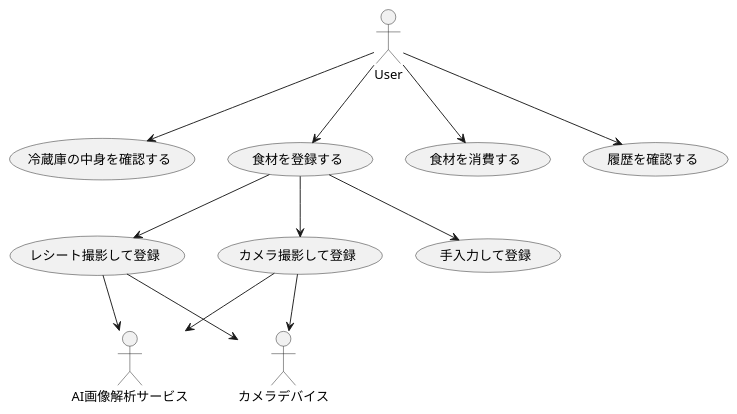
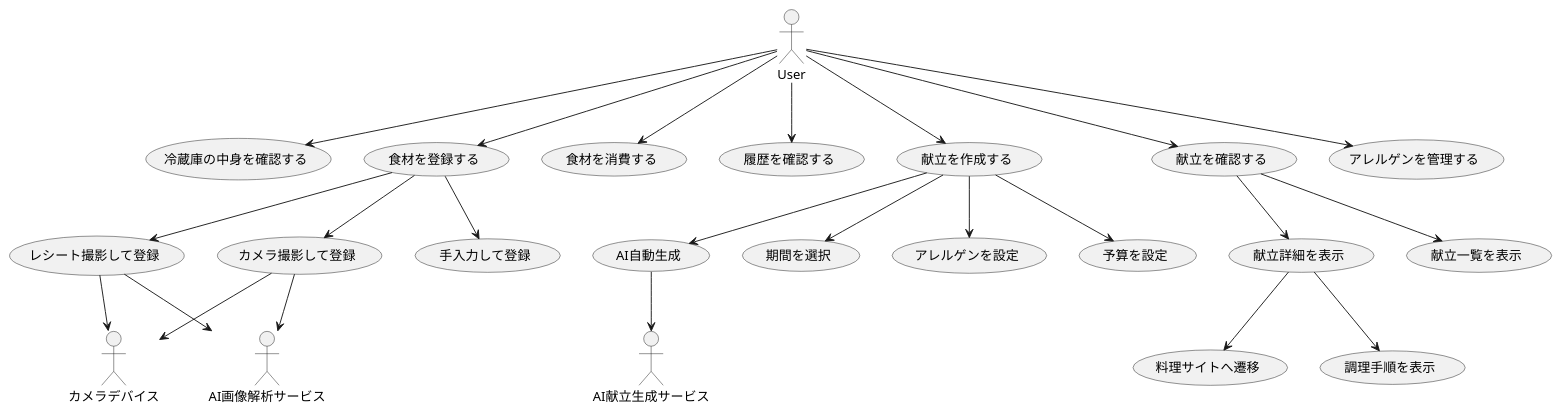
Before and after one commit to to-matsui0505/IntegratedMealPlanning: the second of 2 diagrams in CopilotInstructions/ApplicationBasicDesign.md, drawn with PlantUML. The commit also changed other lines of this file and 24 other files, not shown here.

````diff
--- a/CopilotInstructions/ApplicationBasicDesign.md
+++ b/CopilotInstructions/ApplicationBasicDesign.md
@@ -118,19 +225,34 @@
 ```plantuml
     actor User
     actor AI as "AI画像解析サービス"
+    actor MealPlanAI as "AI献立生成サービス"
     actor Camera as "カメラデバイス"
 
     User --> (冷蔵庫の中身を確認する)
     User --> (食材を登録する)
     User --> (食材を消費する)
     User --> (履歴を確認する)
+    User --> (献立を作成する)
+    User --> (献立を確認する)
+    User --> (アレルゲンを管理する)
 
     (食材を登録する) --> (カメラ撮影して登録)
     (食材を登録する) --> (レシート撮影して登録)
     (食材を登録する) --> (手入力して登録)
 
+    (献立を作成する) --> (期間を選択)
+    (献立を作成する) --> (アレルゲンを設定)
+    (献立を作成する) --> (予算を設定)
+    (献立を作成する) --> (AI自動生成)
+
+    (献立を確認する) --> (献立一覧を表示)
+    (献立を確認する) --> (献立詳細を表示)
+    (献立詳細を表示) --> (調理手順を表示)
+    (献立詳細を表示) --> (料理サイトへ遷移)
+
     (カメラ撮影して登録) --> Camera
     (レシート撮影して登録) --> Camera
     (カメラ撮影して登録) --> AI
     (レシート撮影して登録) --> AI
+    (AI自動生成) --> MealPlanAI
 ```
````
